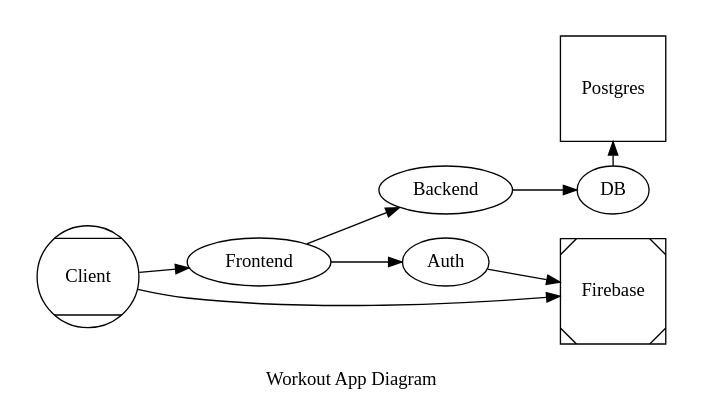
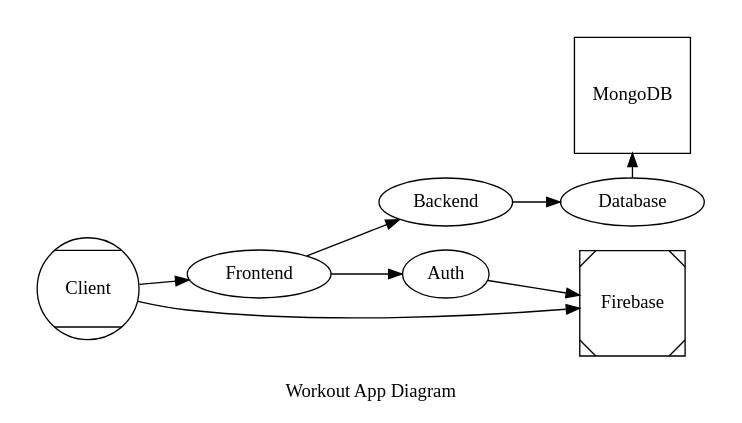
Before and after one commit to bevrist/workout-site: the diagram in docs/diagram.dot, drawn with Graphviz. The commit also changed 7 other files, not shown here.

```diff
--- a/docs/diagram.dot
+++ b/docs/diagram.dot
@@ -1,23 +1,23 @@
 # https://dreampuf.github.io/GraphvizOnline
 
 digraph G {
     rankdir = LR;
     label = "Workout App Diagram";
     Client [shape=Mcircle];
     Firebase [shape=Msquare];
     Frontend;
     Backend;
-    DB;
+    Database;
     Auth;
-    PostgreSQL [label="Postgres", shape=square];
+    MongoDB [shape=square];
 
     subgraph cluster_0 {
         color = white;
         label = "";
         Client -> Firebase, Frontend;
         Frontend -> Backend, Auth;
-        Backend -> DB;
-        DB -> PostgreSQL[minlen=0.5];
+        Backend -> Database;
+        Database -> MongoDB[minlen=0.5];
         Auth -> Firebase;
     }
 }
```
